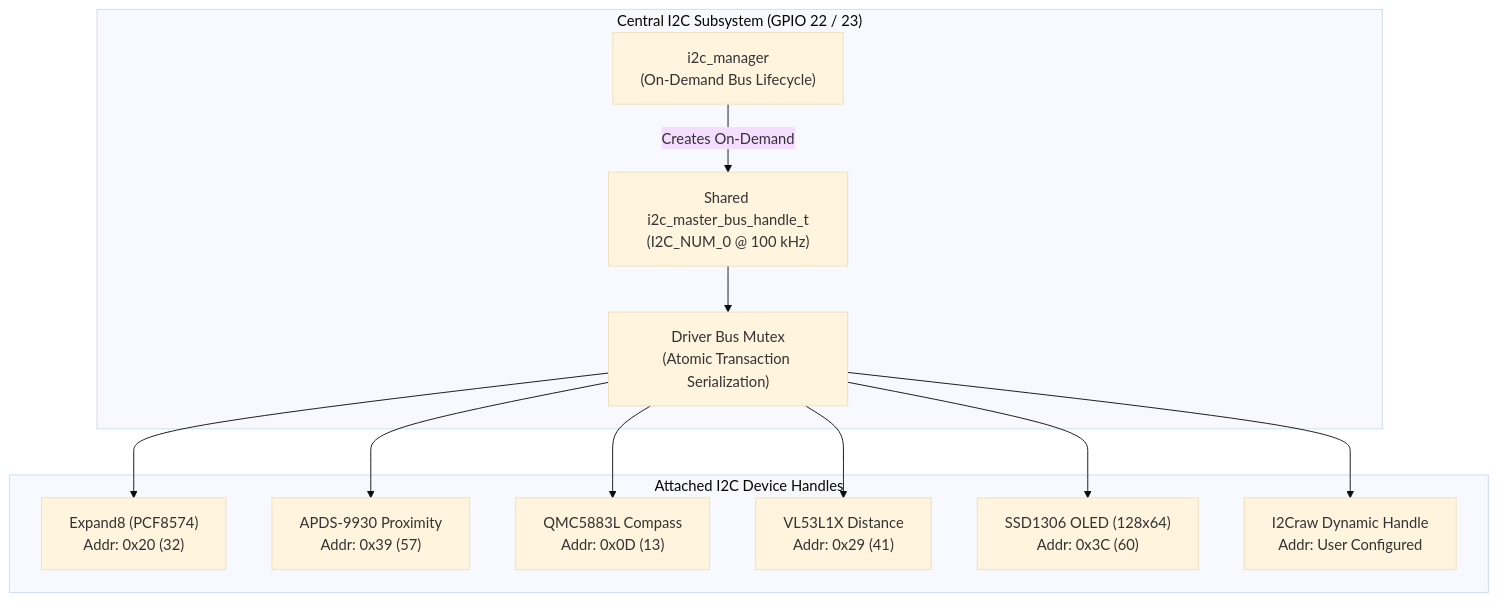
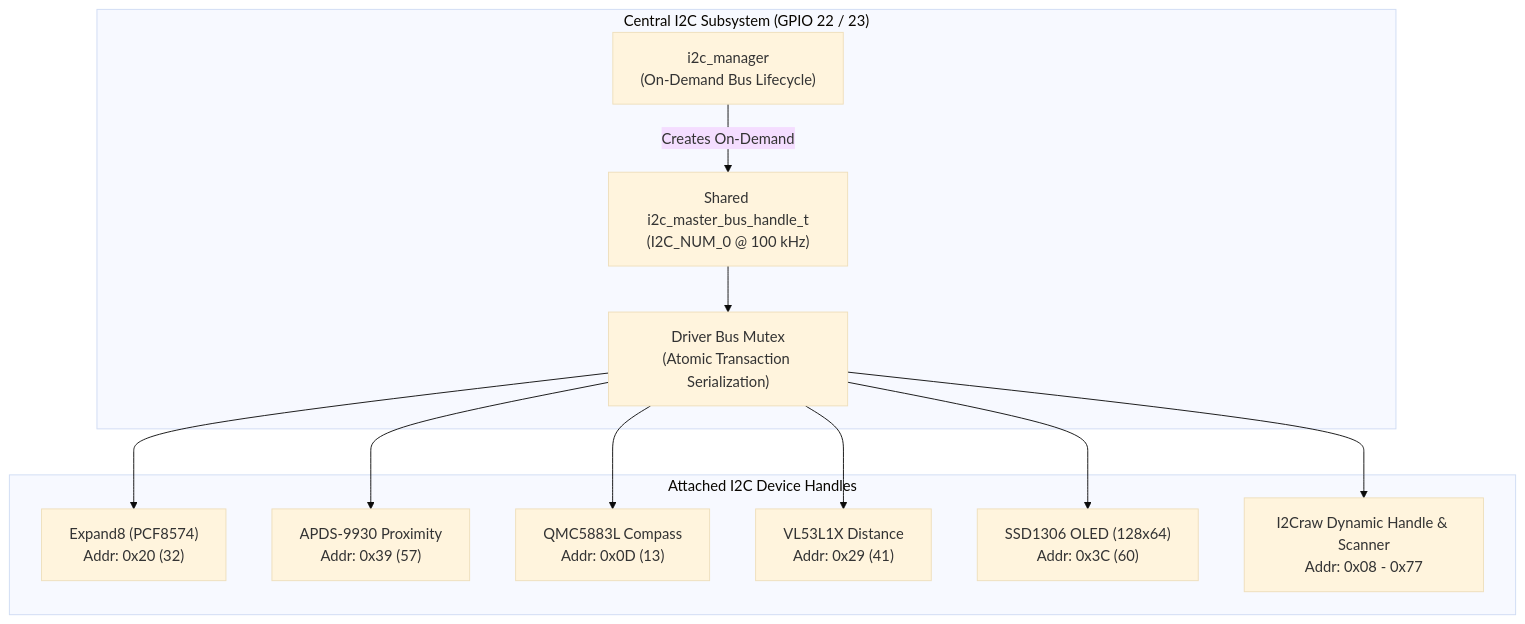
The third of 7 diagrams in PNPzigbee_Architecture_and_Features.md (egapevets2/PNPzigbee), drawn with Mermaid (base theme) before and after one commit. The commit also changed other lines of this file and 36 other files, not shown here.

````diff
--- a/PNPzigbee_Architecture_and_Features.md
+++ b/PNPzigbee_Architecture_and_Features.md
@@ -212,26 +207,26 @@
 ```mermaid
 flowchart TD
     subgraph I2C_Subsystem ["Central I2C Subsystem (GPIO 22 / 23)"]
         MGR["i2c_manager\n(On-Demand Bus Lifecycle)"]
         BUS["Shared i2c_master_bus_handle_t\n(I2C_NUM_0 @ 100 kHz)"]
         MUTEX["Driver Bus Mutex\n(Atomic Transaction Serialization)"]
     end
 
     subgraph Peripherals ["Attached I2C Device Handles"]
         DEV_EXP["Expand8 (PCF8574)\nAddr: 0x20 (32)"]
         DEV_APDS["APDS-9930 Proximity\nAddr: 0x39 (57)"]
         DEV_COMPASS["QMC5883L Compass\nAddr: 0x0D (13)"]
         DEV_VL["VL53L1X Distance\nAddr: 0x29 (41)"]
         DEV_OLED["SSD1306 OLED (128x64)\nAddr: 0x3C (60)"]
-        DEV_RAW["I2Craw Dynamic Handle\nAddr: User Configured"]
+        DEV_RAW["I2Craw Dynamic Handle & Scanner\nAddr: 0x08 - 0x77"]
     end
 
     MGR --> |Creates On-Demand| BUS
     BUS --> MUTEX
     MUTEX --> DEV_EXP
     MUTEX --> DEV_APDS
     MUTEX --> DEV_COMPASS
     MUTEX --> DEV_VL
     MUTEX --> DEV_OLED
     MUTEX --> DEV_RAW
 ```
````
